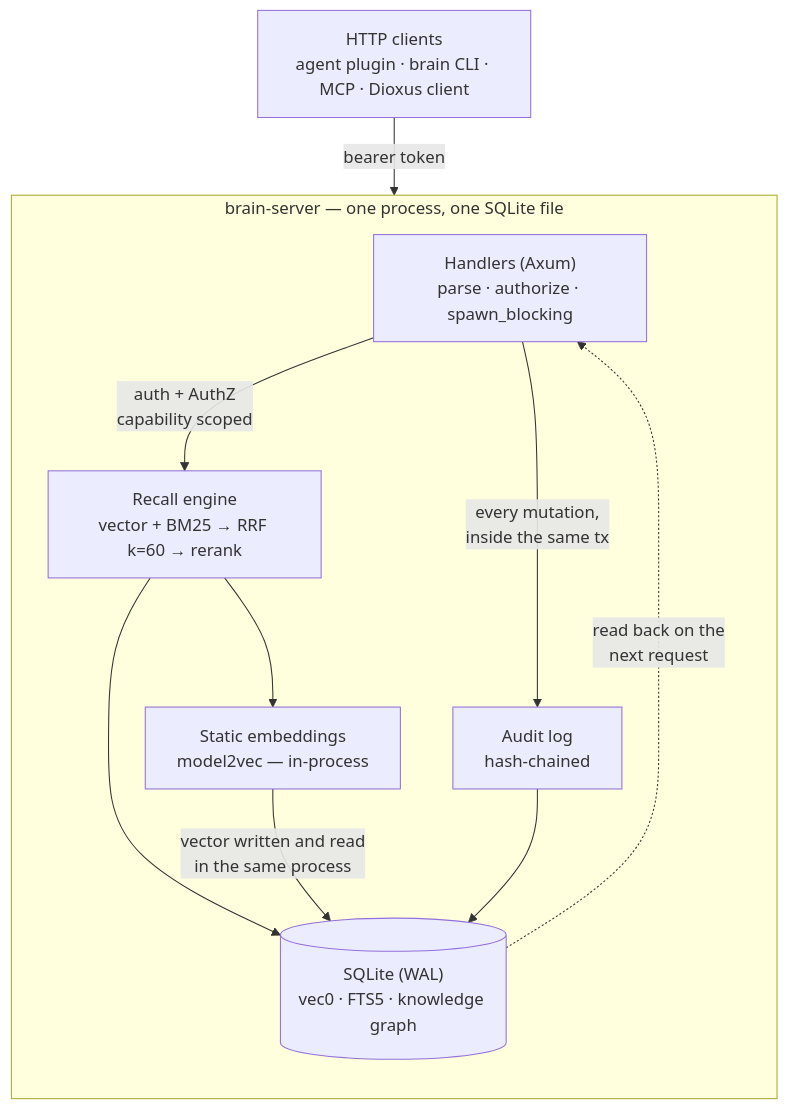
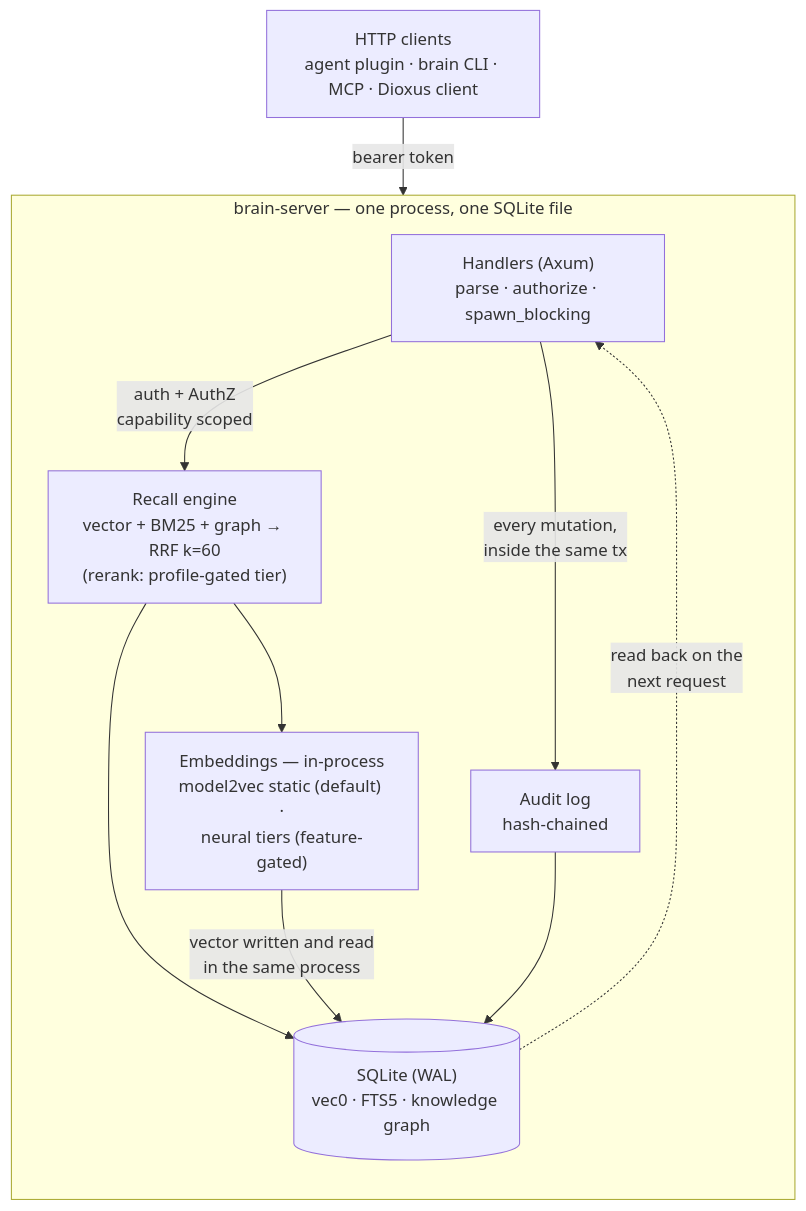
One commit to markfietje/brain-server changed the sixth of 7 diagrams in docs/architecture.md. Above: the diagram before and after it, drawn with Mermaid. The commit also changed other lines of this file, not shown here.

First line of the commit message:
The public architecture page, rewritten to the tree as it stands

````diff
--- a/docs/architecture.md
+++ b/docs/architecture.md
@@ -620,22 +702,22 @@
 ```mermaid
 flowchart TB
     CLI["HTTP clients<br/>agent plugin · brain CLI · MCP · Dioxus client"]
 
     subgraph PROC["brain-server — one process, one SQLite file"]
         direction TB
         H["Handlers (Axum)<br/>parse · authorize · spawn_blocking"]
-        R["Recall engine<br/>vector + BM25 → RRF k=60 → rerank"]
-        E["Static embeddings<br/>model2vec — in-process"]
+        R["Recall engine<br/>vector + BM25 + graph → RRF k=60<br/>(rerank: profile-gated tier)"]
+        E["Embeddings — in-process<br/>model2vec static (default) ·<br/>neural tiers (feature-gated)"]
         DB[("SQLite (WAL)<br/>vec0 · FTS5 · knowledge graph")]
         A["Audit log<br/>hash-chained"]
     end
 
     CLI -->|"bearer token"| H
     H -->|"auth + AuthZ<br/>capability scoped"| R
     R --> DB
     R --> E
     E -->|"vector written and read<br/>in the same process"| DB
     H -->|"every mutation,<br/>inside the same tx"| A
     A --> DB
     DB -.->|"read back on the<br/>next request"| H
 ```
````
